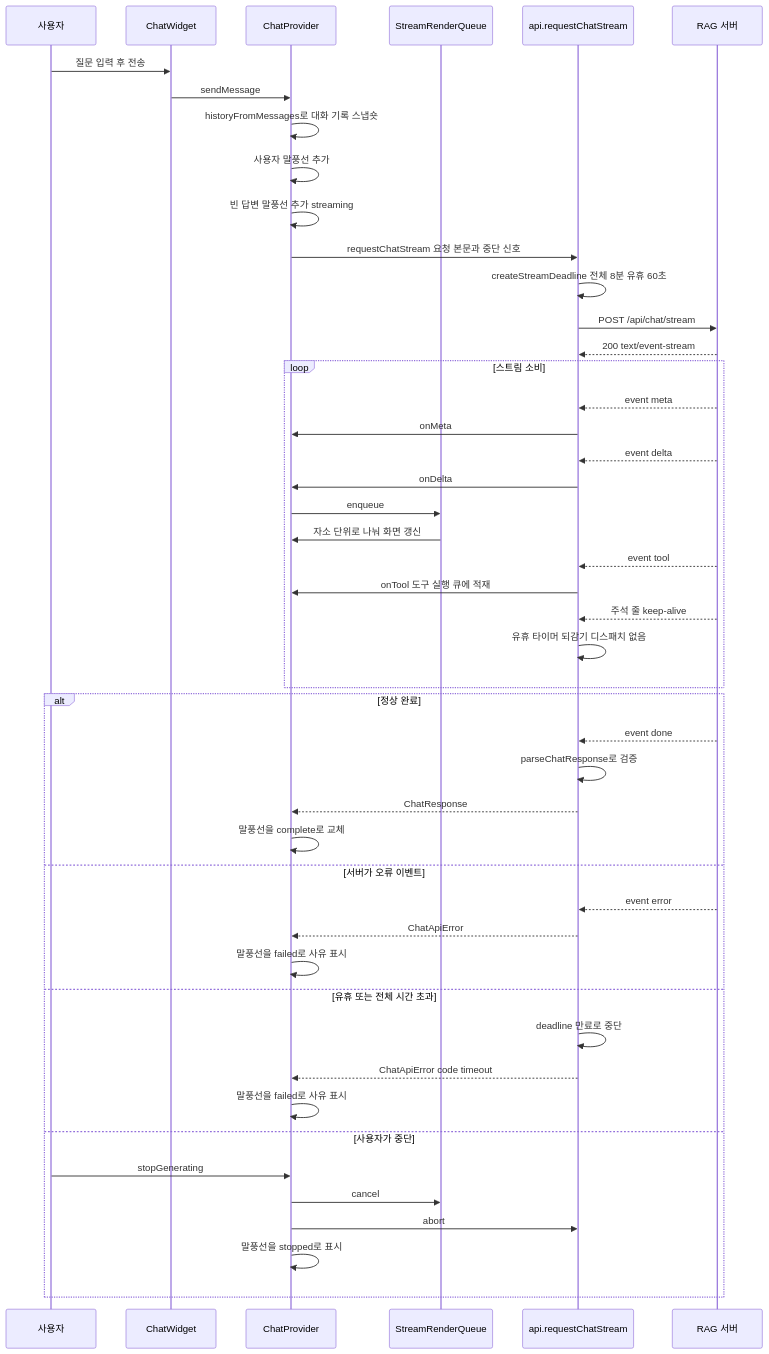
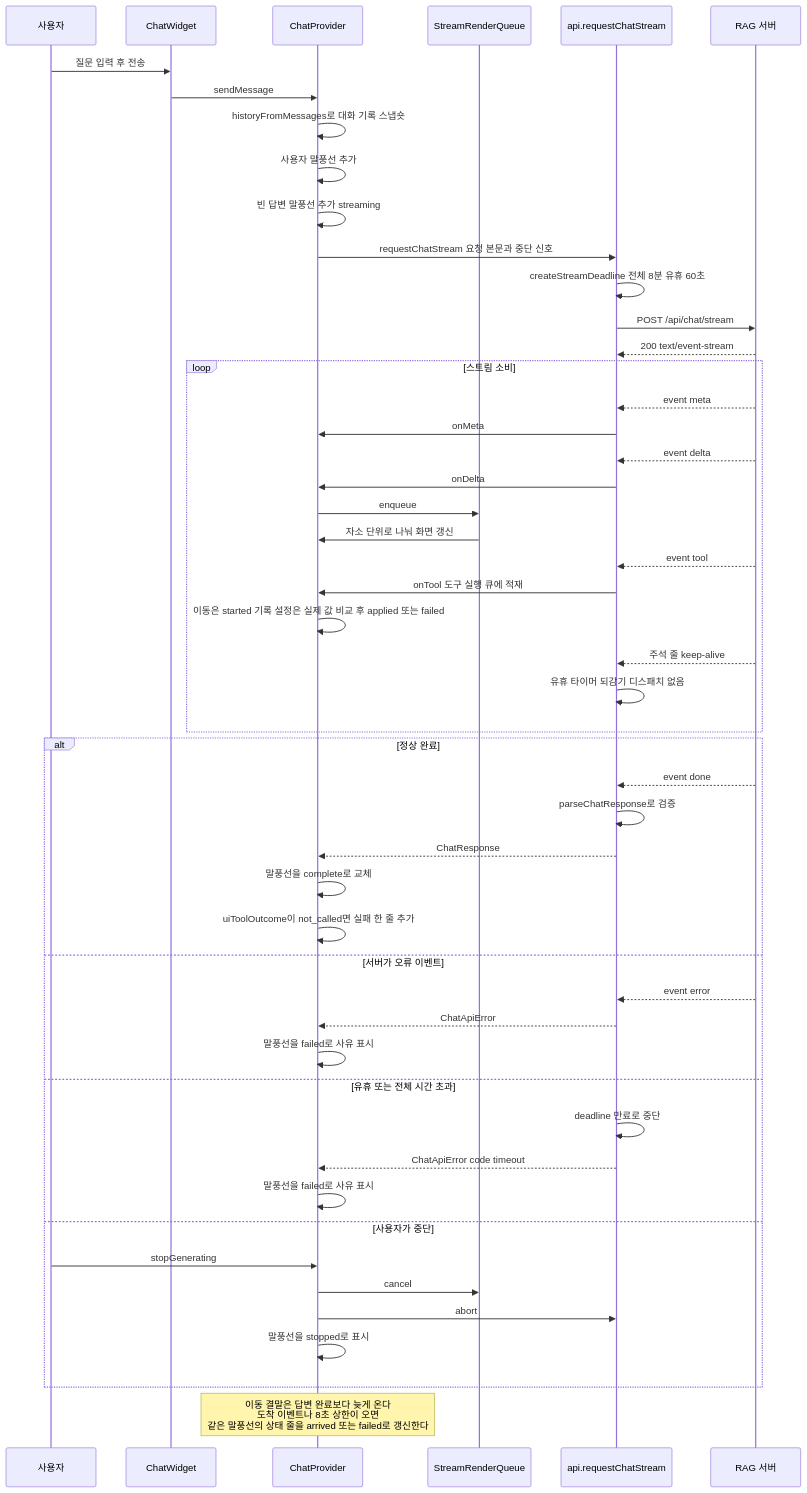
The second of 5 diagrams in web/docs/chatbot-architecture.md (s-work-song/ssw-portfolio-public), drawn with Mermaid before and after one commit. The commit also changed other lines of this file and 13 other files, not shown here.

````diff
--- a/web/docs/chatbot-architecture.md
+++ b/web/docs/chatbot-architecture.md
@@ -105,52 +109,56 @@
 ```mermaid
 sequenceDiagram
   participant U as 사용자
   participant W as ChatWidget
   participant P as ChatProvider
   participant Q as StreamRenderQueue
   participant A as api.requestChatStream
   participant S as RAG 서버
 
   U->>W: 질문 입력 후 전송
   W->>P: sendMessage
   P->>P: historyFromMessages로 대화 기록 스냅숏
   P->>P: 사용자 말풍선 추가
   P->>P: 빈 답변 말풍선 추가 streaming
   P->>A: requestChatStream 요청 본문과 중단 신호
   A->>A: createStreamDeadline 전체 8분 유휴 60초
   A->>S: POST /api/chat/stream
   S-->>A: 200 text/event-stream
 
   loop 스트림 소비
     S-->>A: event meta
     A->>P: onMeta
     S-->>A: event delta
     A->>P: onDelta
     P->>Q: enqueue
     Q->>P: 자소 단위로 나눠 화면 갱신
     S-->>A: event tool
     A->>P: onTool 도구 실행 큐에 적재
+    P->>P: 이동은 started 기록 설정은 실제 값 비교 후 applied 또는 failed
     S-->>A: 주석 줄 keep-alive
     A->>A: 유휴 타이머 되감기 디스패치 없음
   end
 
   alt 정상 완료
     S-->>A: event done
     A->>A: parseChatResponse로 검증
     A-->>P: ChatResponse
     P->>P: 말풍선을 complete로 교체
+    P->>P: uiToolOutcome이 not_called면 실패 한 줄 추가
   else 서버가 오류 이벤트
     S-->>A: event error
     A-->>P: ChatApiError
     P->>P: 말풍선을 failed로 사유 표시
   else 유휴 또는 전체 시간 초과
     A->>A: deadline 만료로 중단
     A-->>P: ChatApiError code timeout
     P->>P: 말풍선을 failed로 사유 표시
   else 사용자가 중단
     U->>P: stopGenerating
     P->>Q: cancel
     P->>A: abort
     P->>P: 말풍선을 stopped로 표시
   end
+
+  Note over P: 이동 결말은 답변 완료보다 늦게 온다<br/>도착 이벤트나 8초 상한이 오면<br/>같은 말풍선의 상태 줄을 arrived 또는 failed로 갱신한다
 ```
````
